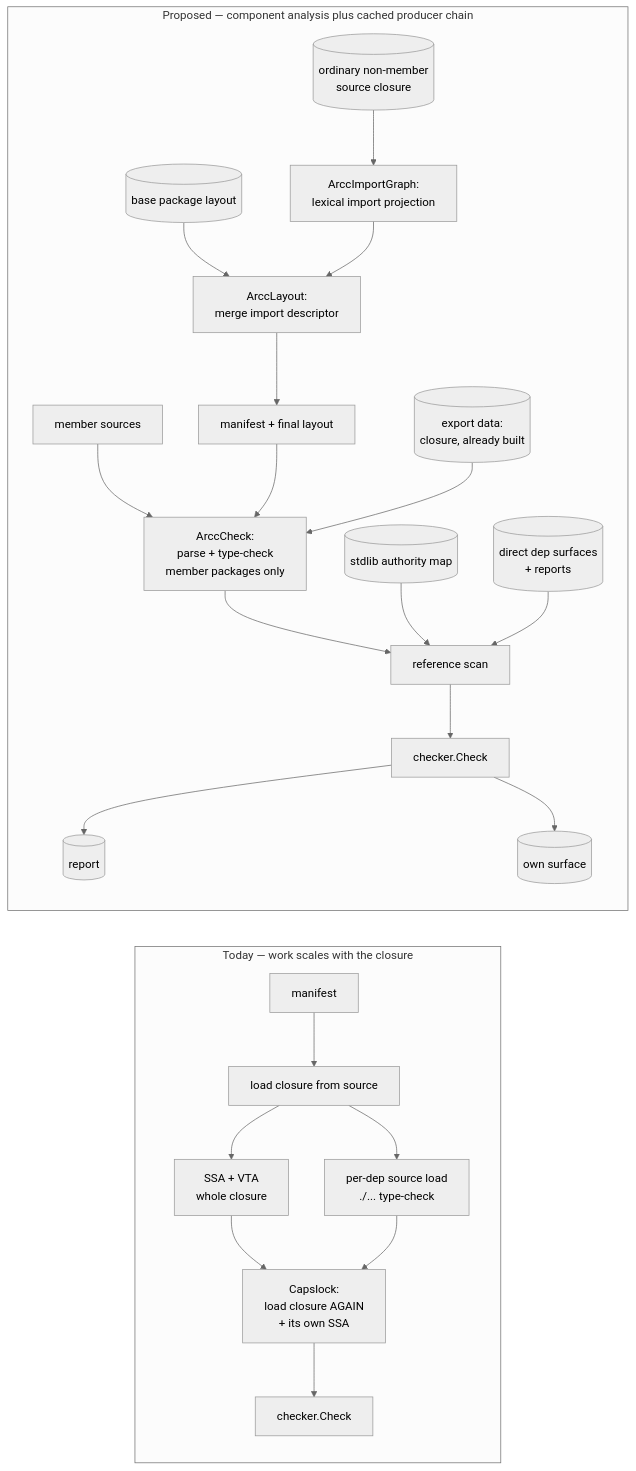
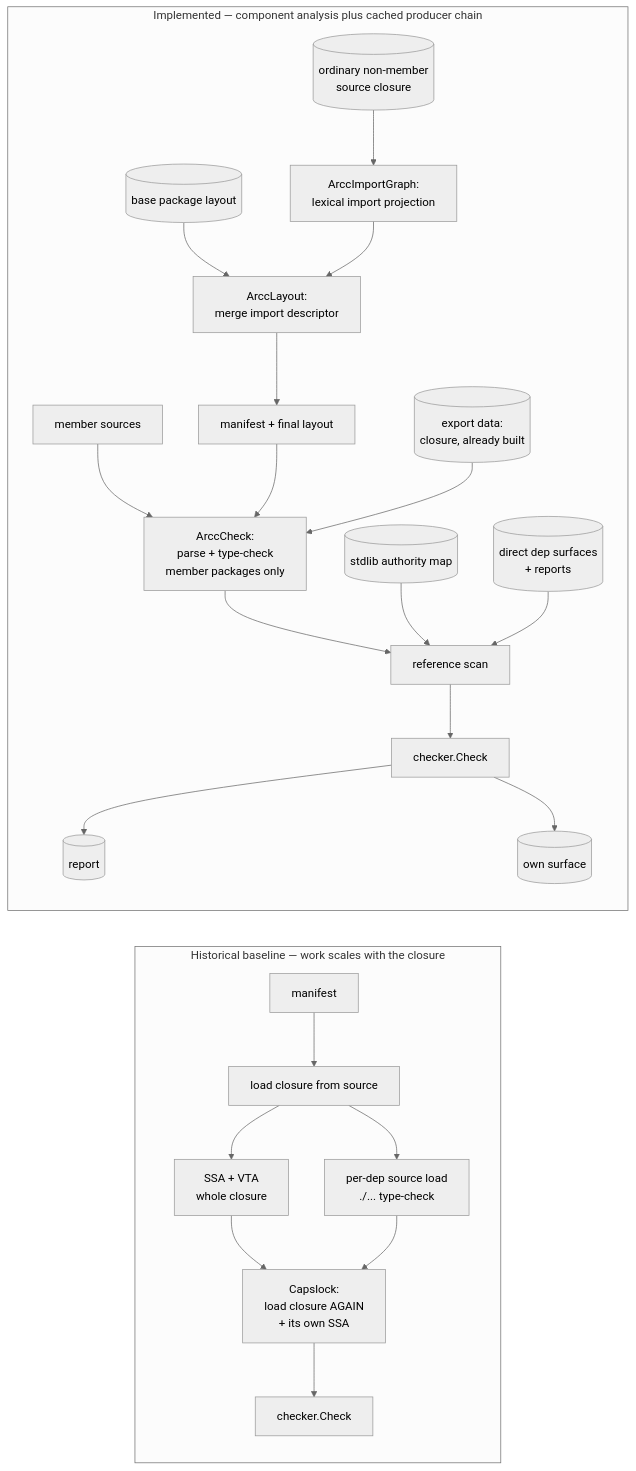
The first of 4 diagrams in .agents/planning/2026-08-04-compositional-component-analysis/design/detailed-design.md (ono-sendai-labs/architectural-contracts), drawn with Mermaid (neutral theme) before and after one commit. The commit also changed other lines of this file, not shown here.

First line of the commit message:
docs(design): mark compositional analysis implementation complete [Compositional Analysis: Step 14/Task 02]

````diff
--- a/.agents/planning/2026-08-04-compositional-component-analysis/design/detailed-design.md
+++ b/.agents/planning/2026-08-04-compositional-component-analysis/design/detailed-design.md
@@ -236,26 +238,26 @@
 ```mermaid
 flowchart LR
-    subgraph Before["Today — work scales with the closure"]
+    subgraph Before["Historical baseline — work scales with the closure"]
         B1[manifest] --> B2[load closure from source]
         B2 --> B3["SSA + VTA<br/>whole closure"]
         B2 --> B4["per-dep source load<br/>./... type-check"]
         B3 --> B5["Capslock:<br/>load closure AGAIN<br/>+ its own SSA"]
         B4 --> B5
         B5 --> B6[checker.Check]
     end
-    subgraph After["Proposed — component analysis plus cached producer chain"]
+    subgraph After["Implemented — component analysis plus cached producer chain"]
         A0[member sources] --> A2["ArccCheck:<br/>parse + type-check<br/>member packages only"]
         A1[manifest + final layout] --> A2
         A9[(export data:<br/>closure, already built)] --> A2
         A2 --> A3[reference scan]
         A4[(stdlib authority map)] --> A3
         A5[(direct dep surfaces<br/>+ reports)] --> A3
         A3 --> A6[checker.Check]
         A6 --> A7[(report)]
         A6 --> A8[(own surface)]
         A10[(ordinary non-member<br/>source closure)] --> A11["ArccImportGraph:<br/>lexical import projection"]
         A12[(base package layout)] --> A13["ArccLayout:<br/>merge import descriptor"]
         A11 --> A13
         A13 --> A1
     end
 ```
````
